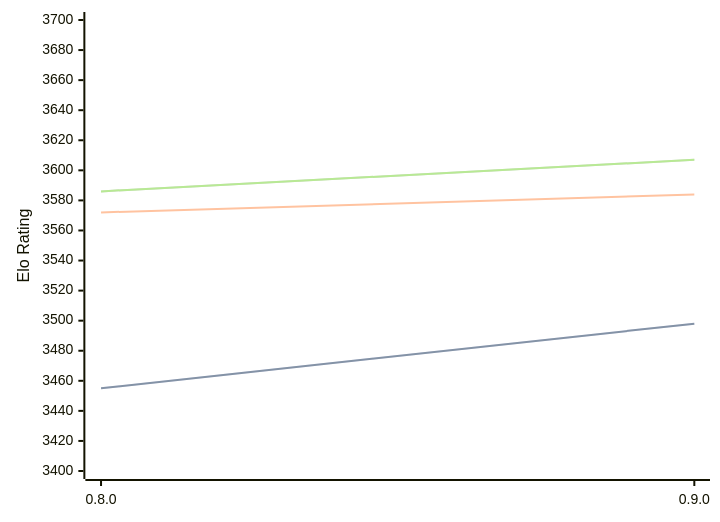
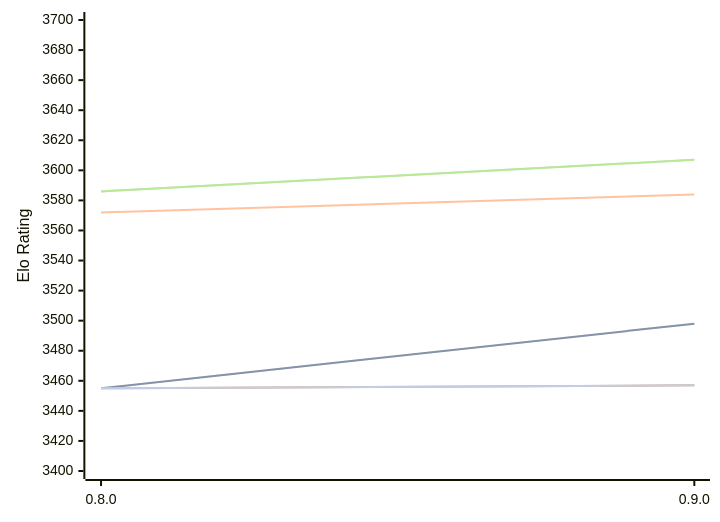
The diagram in engines/Reckless.md (computer-chess-index/cci), drawn with Mermaid before and after one commit. The commit also changed other lines of this file, not shown here.

Commit message:
Update CCI Ratings (ELO VLTC) - 2026-10-11

````diff
--- a/engines/Reckless.md
+++ b/engines/Reckless.md
@@ -48,16 +48,13 @@
 ```mermaid
 %%{init: {"theme":"base","themeVariables":{"seriesColors:['#a3a3a3','#222221','#faa371']}}}%%
 xychart-beta
   x-axis ["0.8.0", "0.9.0"]
   y-axis "Elo Rating" 3400 --> 3700
   line "" [3455, 3498]
   line "T1: STC (8.0+0.08s)" [3455, 3498]
   line "T1: LTC (60.0+0.60s)" [3572, 3584]
   line "" [3586, 3607]
   line "T1: VLTC (2m24s+1.12s)" [3586, 3607]
-  line "" [3445]
-  line "E1: STC (8.0+0.08s)" [3445]
-  line "E1: LTC (60.0+0.60s)" [3614]
-  line "" [3626]
-  line "E1: VLTC (2m24s+1.12s)" [3626]
+  line "" [3455,3457]
+  line "E1: STC (8.0+0.08s)" [3455,3457]
 ```
````
